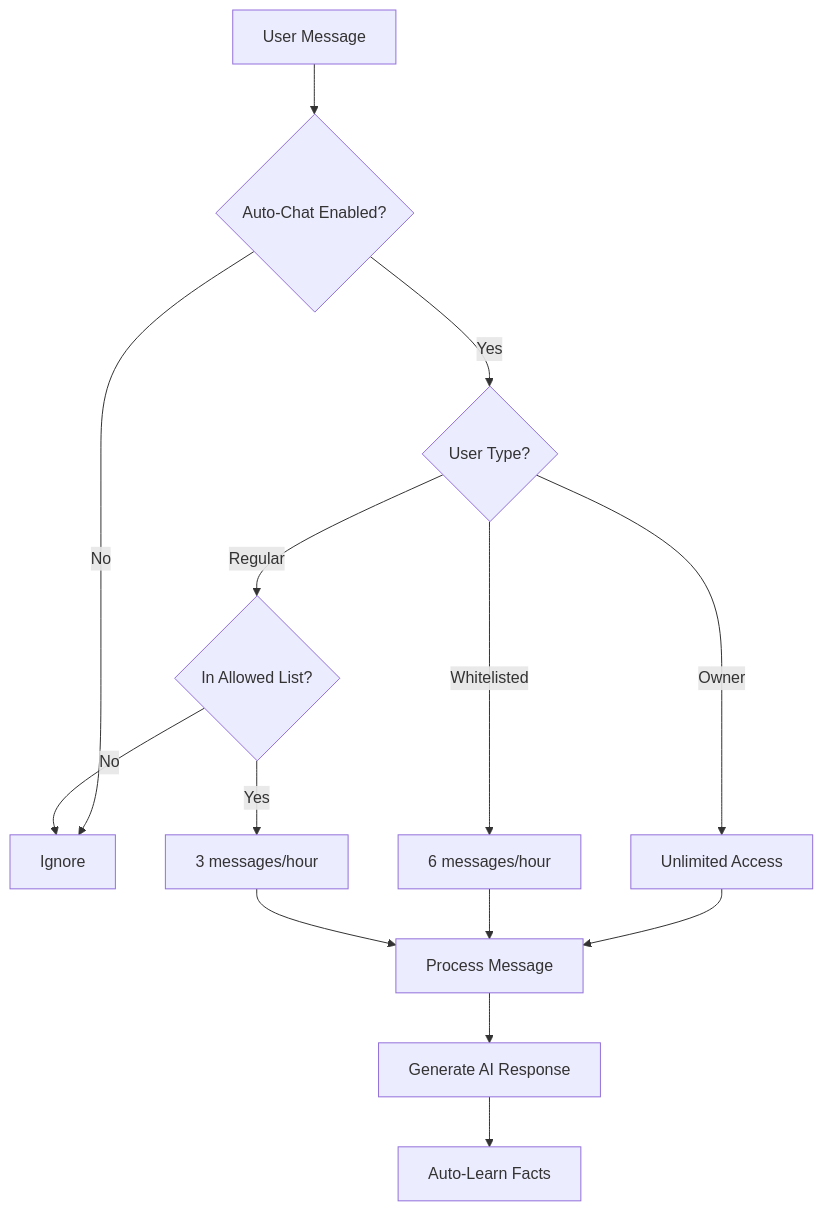
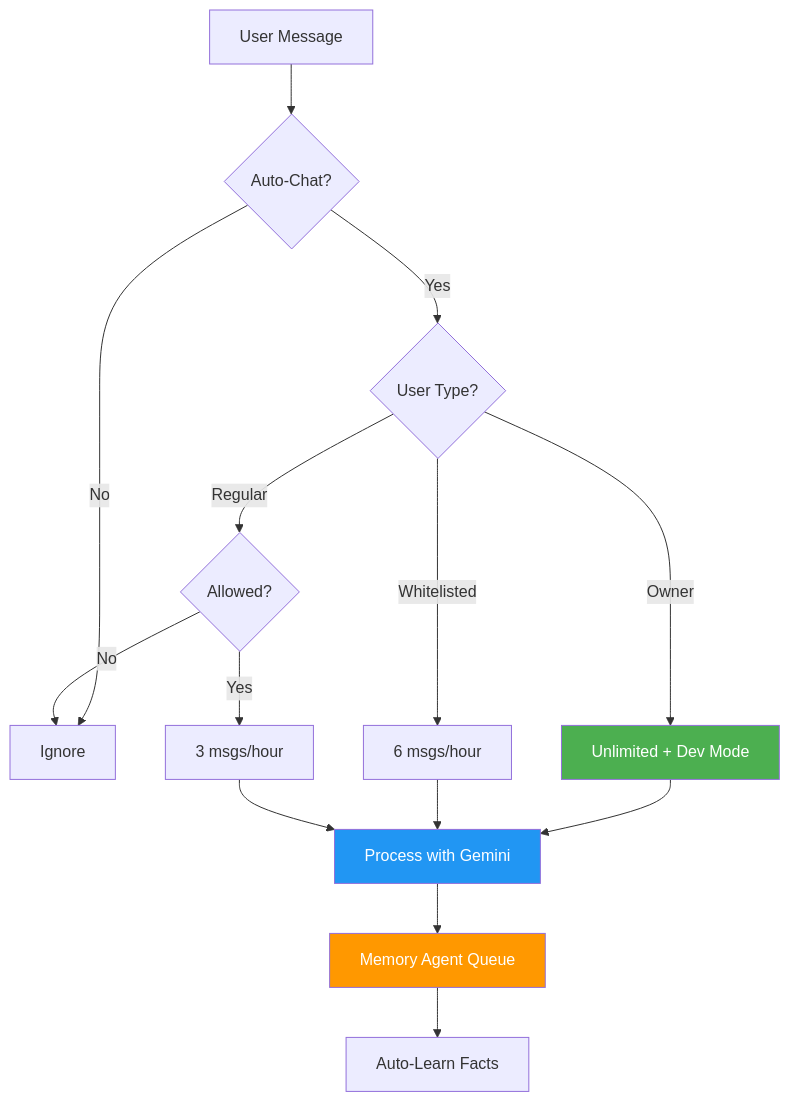
The third of 5 diagrams in README.md (ahmedtouzani/Raymond), drawn with Mermaid before and after one commit. The commit also changed other lines of this file and 7 other files, not shown here.

````diff
--- a/README.md
+++ b/README.md
@@ -71,17 +140,21 @@
 ```mermaid
 graph TD
-    A[User Message] --> B{Auto-Chat Enabled?}
+    A[User Message] --> B{Auto-Chat?}
     B -->|No| Z[Ignore]
     B -->|Yes| C{User Type?}
-    C -->|Owner| D[Unlimited Access]
-    C -->|Whitelisted| E[6 messages/hour]
-    C -->|Regular| F{In Allowed List?}
-    F -->|Yes| G[3 messages/hour]
+    C -->|Owner| D[Unlimited + Dev Mode]
+    C -->|Whitelisted| E[6 msgs/hour]
+    C -->|Regular| F{Allowed?}
+    F -->|Yes| G[3 msgs/hour]
     F -->|No| Z
     
-    D --> H[Process Message]
+    D --> H[Process with Gemini]
     E --> H
     G --> H
-    H --> I[Generate AI Response]
+    H --> I[Memory Agent Queue]
     I --> J[Auto-Learn Facts]
+    
+    style D fill:#4CAF50,color:#fff
+    style H fill:#2196F3,color:#fff
+    style I fill:#FF9800,color:#fff
 ```
````
